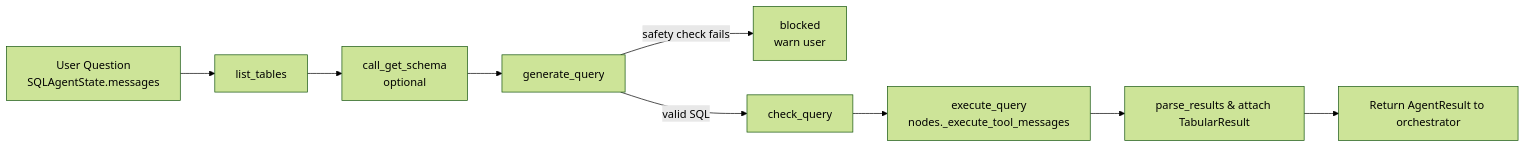
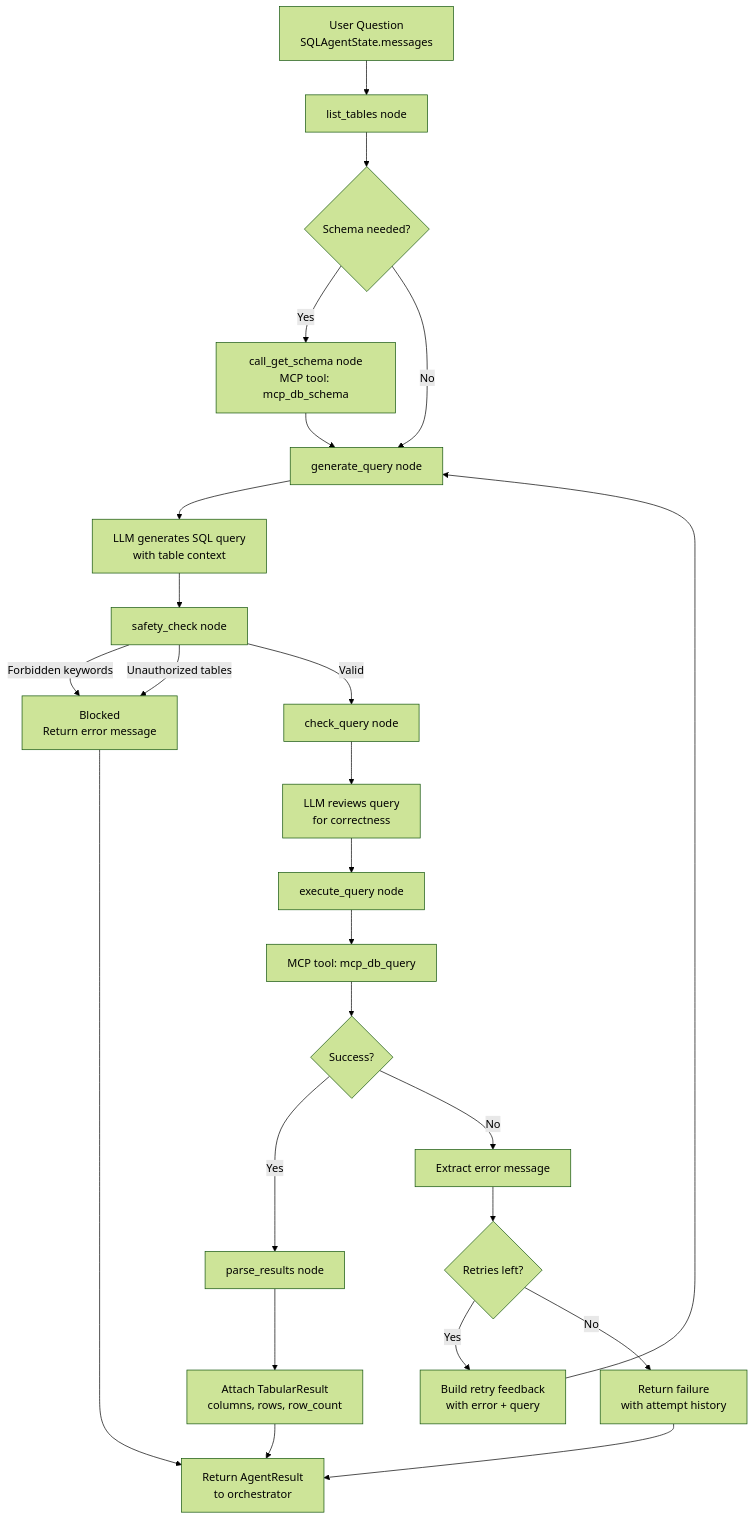
Before and after one commit to gp7717/Bos-AI: the third of 4 diagrams in README.md, drawn with Mermaid (forest theme). The commit also changed other lines of this file and 10 other files, not shown here.

````diff
--- a/README.md
+++ b/README.md
@@ -90,11 +321,27 @@
-```mermaid
-flowchart LR
-    A[User Question\nSQLAgentState.messages] --> B[list_tables]
-    B --> C[call_get_schema\noptional]
-    C --> D[generate_query]
-    D -->|safety check fails| E[blocked\nwarn user]
-    D -->|valid SQL| F[check_query]
-    F --> G[execute_query\nnodes._execute_tool_messages]
-    G --> H[parse_results & attach TabularResult]
-    H --> I[Return AgentResult to orchestrator]
-```
+  ```mermaid
+  flowchart TB
+      A[User Question\nSQLAgentState.messages] --> B[list_tables node]
+      B --> C{Schema needed?}
+      C -->|Yes| D[call_get_schema node\nMCP tool: mcp_db_schema]
+      C -->|No| E[generate_query node]
+      D --> E
+      E --> F[LLM generates SQL query\nwith table context]
+      F --> G[safety_check node]
+      G -->|Forbidden keywords| H[Blocked\nReturn error message]
+      G -->|Unauthorized tables| H
+      G -->|Valid| I[check_query node]
+      I --> J[LLM reviews query\nfor correctness]
+      J --> K[execute_query node]
+      K --> L[MCP tool: mcp_db_query]
+      L --> M{Success?}
+      M -->|Yes| N[parse_results node]
+      M -->|No| O[Extract error message]
+      O --> P{Retries left?}
+      P -->|Yes| Q[Build retry feedback\nwith error + query]
+      Q --> E
+      P -->|No| R[Return failure\nwith attempt history]
+      N --> S[Attach TabularResult\ncolumns, rows, row_count]
+      S --> T[Return AgentResult\nto orchestrator]
+      H --> T
+      R --> T
+  ```
````
